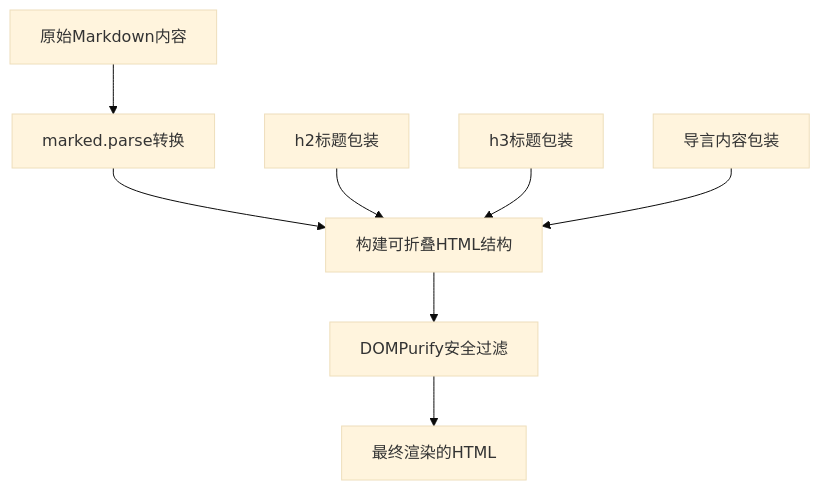
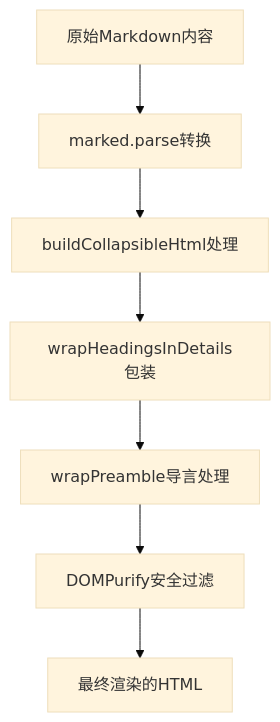
Before and after one commit to liuzh2008/med_ai_assistant_workspace: the fourth of 7 diagrams in .qoder/repowiki/zh/content/核心功能模块/数据收集建议界面增强.md, drawn with Mermaid (base theme). The commit also changed other lines of this file and 5 other files, not shown here.

````diff
--- a/.qoder/repowiki/zh/content/核心功能模块/数据收集建议界面增强.md
+++ b/.qoder/repowiki/zh/content/核心功能模块/数据收集建议界面增强.md
@@ -163,10 +186,9 @@
 ```mermaid
 flowchart TD
 A[原始Markdown内容] --> B[marked.parse转换]
-B --> C[构建可折叠HTML结构]
-C --> D[DOMPurify安全过滤]
-D --> E[最终渲染的HTML]
-C1[h2标题包装] --> C
-C2[h3标题包装] --> C
-C3[导言内容包装] --> C
+B --> C[buildCollapsibleHtml处理]
+C --> D[wrapHeadingsInDetails包装]
+D --> E[wrapPreamble导言处理]
+E --> F[DOMPurify安全过滤]
+F --> G[最终渲染的HTML]
 ```
````
